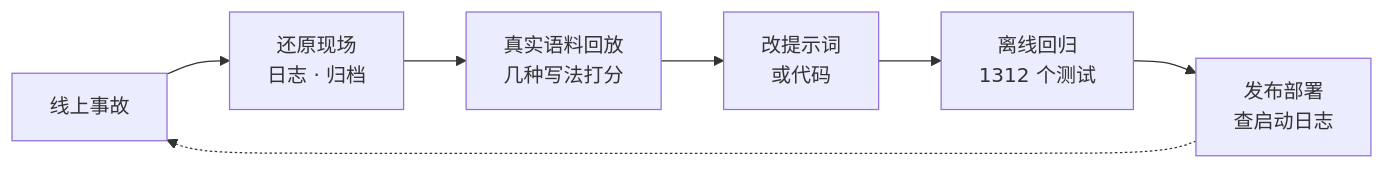
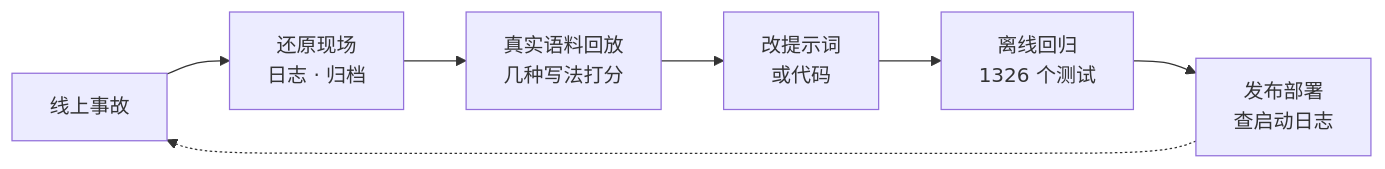
Before and after one commit to dubianche123/the-regular-qq-bot: the eighth of 8 diagrams in README.md, drawn with Mermaid. The commit also changed other lines of this file and 6 other files, not shown here.

````diff
--- a/README.md
+++ b/README.md
@@ -280,6 +280,6 @@
 ```mermaid
 flowchart LR
     A["线上事故"] --> B["还原现场<br/>日志 · 归档"] --> C["真实语料回放<br/>几种写法打分"]
-    C --> D["改提示词<br/>或代码"] --> E["离线回归<br/>1312 个测试"] --> F["发布部署<br/>查启动日志"]
+    C --> D["改提示词<br/>或代码"] --> E["离线回归<br/>1326 个测试"] --> F["发布部署<br/>查启动日志"]
     F -.-> A
 ```
````
